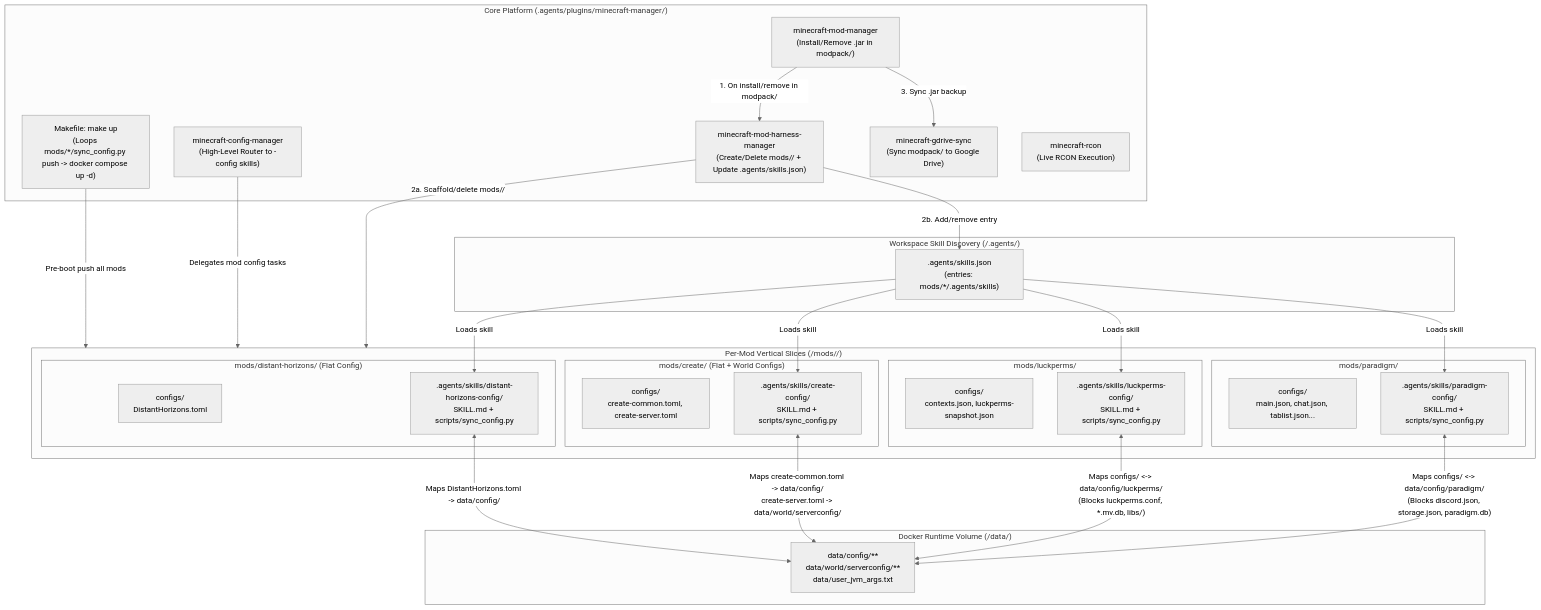
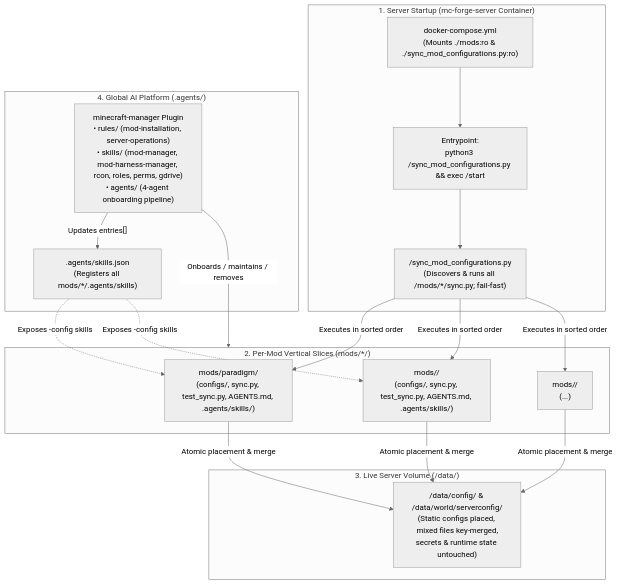
The diagram in docs/dev/minecraft_mod_harness_config_tdd.md (intelligentRaji/minecraft-server), drawn with Mermaid (neutral theme) before and after one commit. The commit also changed other lines of this file and 120 other files, not shown here.

Commit message:
feat(config): implement two-layer mod bridge and AI harness architecture

````diff
--- a/docs/dev/minecraft_mod_harness_config_tdd.md
+++ b/docs/dev/minecraft_mod_harness_config_tdd.md
@@ -41,59 +28,37 @@
 ```mermaid
 flowchart TD
-    subgraph RootDiscovery["Workspace Skill Discovery (/.agents/)"]
-        RootSkillsJSON[".agents/skills.json\n(entries: mods/*/.agents/skills)"]
+    subgraph ContainerBoot["1. Server Startup (mc-forge-server Container)"]
+        Compose["docker-compose.yml\n(Mounts ./mods:ro & ./sync_mod_configurations.py:ro)"]
+        Entrypoint["Entrypoint:\npython3 /sync_mod_configurations.py && exec /start"]
+        RootSync["/sync_mod_configurations.py\n(Discovers & runs all /mods/*/sync.py; fail-fast)"]
+        Compose --> Entrypoint --> RootSync
     end
 
-    subgraph CorePlugin["Core Platform (.agents/plugins/minecraft-manager/)"]
-        BootCmd["Makefile: make up\n(Loops mods/*/sync_config.py push -> docker compose up -d)"]
-        ModMgr["minecraft-mod-manager\n(Install/Remove .jar in modpack/)"]
-        HarnessMgr["minecraft-mod-harness-manager\n(Create/Delete mods/<slug>/ + Update .agents/skills.json)"]
-        CfgMgr["minecraft-config-manager\n(High-Level Router to <mod>-config skills)"]
-        GDrive["minecraft-gdrive-sync\n(Sync modpack/ to Google Drive)"]
-        Rcon["minecraft-rcon\n(Live RCON Execution)"]
+    subgraph ModSlices["2. Per-Mod Vertical Slices (mods/*/)"]
+        ModA["mods/paradigm/\n(configs/, sync.py, test_sync.py, AGENTS.md, .agents/skills/)"]
+        ModB["mods/<mod-b>/\n(configs/, sync.py, test_sync.py, AGENTS.md, .agents/skills/)"]
+        ModN["mods/<mod-n>/\n(...)"]
     end
 
-    subgraph ModFolders["Per-Mod Vertical Slices (/mods/<mod-slug>/)"]
-        subgraph ParadigmMod["mods/paradigm/"]
-            PFiles["configs/\nmain.json, chat.json, tablist.json..."]
-            PSkill[".agents/skills/paradigm-config/\nSKILL.md + scripts/sync_config.py"]
-        end
-
-        subgraph LuckPermsMod["mods/luckperms/"]
-            LPFiles["configs/\ncontexts.json, luckperms-snapshot.json"]
-            LPSkill[".agents/skills/luckperms-config/\nSKILL.md + scripts/sync_config.py"]
-        end
-
-        subgraph CreateMod["mods/create/ (Flat + World Configs)"]
-            CFiles["configs/\ncreate-common.toml, create-server.toml"]
-            CSkill[".agents/skills/create-config/\nSKILL.md + scripts/sync_config.py"]
-        end
-
-        subgraph DHMod["mods/distant-horizons/ (Flat Config)"]
-            DHFiles["configs/\nDistantHorizons.toml"]
-            DHSkill[".agents/skills/distant-horizons-config/\nSKILL.md + scripts/sync_config.py"]
-        end
+    subgraph RuntimeVolume["3. Live Server Volume (/data/)"]
+        DataDir["/data/config/ & /data/world/serverconfig/\n(Static configs placed, mixed files key-merged,\nsecrets & runtime state untouched)"]
     end
 
-    subgraph RuntimeData["Docker Runtime Volume (/data/)"]
-        DataConfig["data/config/**\ndata/world/serverconfig/**\ndata/user_jvm_args.txt"]
+    subgraph GlobalAI["4. Global AI Platform (.agents/)"]
+        SkillsJSON[".agents/skills.json\n(Registers all mods/*/.agents/skills)"]
+        Plugin["minecraft-manager Plugin\n• rules/ (mod-installation, server-operations)\n• skills/ (mod-manager, mod-harness-manager, rcon, roles, perms, gdrive)\n• agents/ (4-agent onboarding pipeline)"]
     end
 
-    RootSkillsJSON -->|"Loads skill"| PSkill
-    RootSkillsJSON -->|"Loads skill"| LPSkill
-    RootSkillsJSON -->|"Loads skill"| CSkill
-    RootSkillsJSON -->|"Loads skill"| DHSkill
+    RootSync -->|"Executes in sorted order"| ModA
+    RootSync -->|"Executes in sorted order"| ModB
+    RootSync -->|"Executes in sorted order"| ModN
 
-    ModMgr -->|"1. On install/remove in modpack/"| HarnessMgr
-    HarnessMgr -->|"2a. Scaffold/delete mods/<slug>/"| ModFolders
-    HarnessMgr -->|"2b. Add/remove entry"| RootSkillsJSON
-    ModMgr -->|"3. Sync .jar backup"| GDrive
+    ModA -->|"Atomic placement & merge"| DataDir
+    ModB -->|"Atomic placement & merge"| DataDir
+    ModN -->|"Atomic placement & merge"| DataDir
 
-    CfgMgr -->|"Delegates mod config tasks"| ModFolders
-    BootCmd -->|"Pre-boot push all mods"| ModFolders
-
-    PSkill <-->|"Maps configs/ <-> data/config/paradigm/\n(Blocks discord.json, storage.json, paradigm.db)"| DataConfig
-    LPSkill <-->|"Maps configs/ <-> data/config/luckperms/\n(Blocks luckperms.conf, *.mv.db, libs/)"| DataConfig
-    CSkill <-->|"Maps create-common.toml -> data/config/\ncreate-server.toml -> data/world/serverconfig/"| DataConfig
-    DHSkill <-->|"Maps DistantHorizons.toml -> data/config/"| DataConfig
+    SkillsJSON -.->|"Exposes <slug>-config skills"| ModA
+    SkillsJSON -.->|"Exposes <slug>-config skills"| ModB
+    Plugin -->|"Onboards / maintains / removes"| ModSlices
+    Plugin -->|"Updates entries[]"| SkillsJSON
 ```
````
